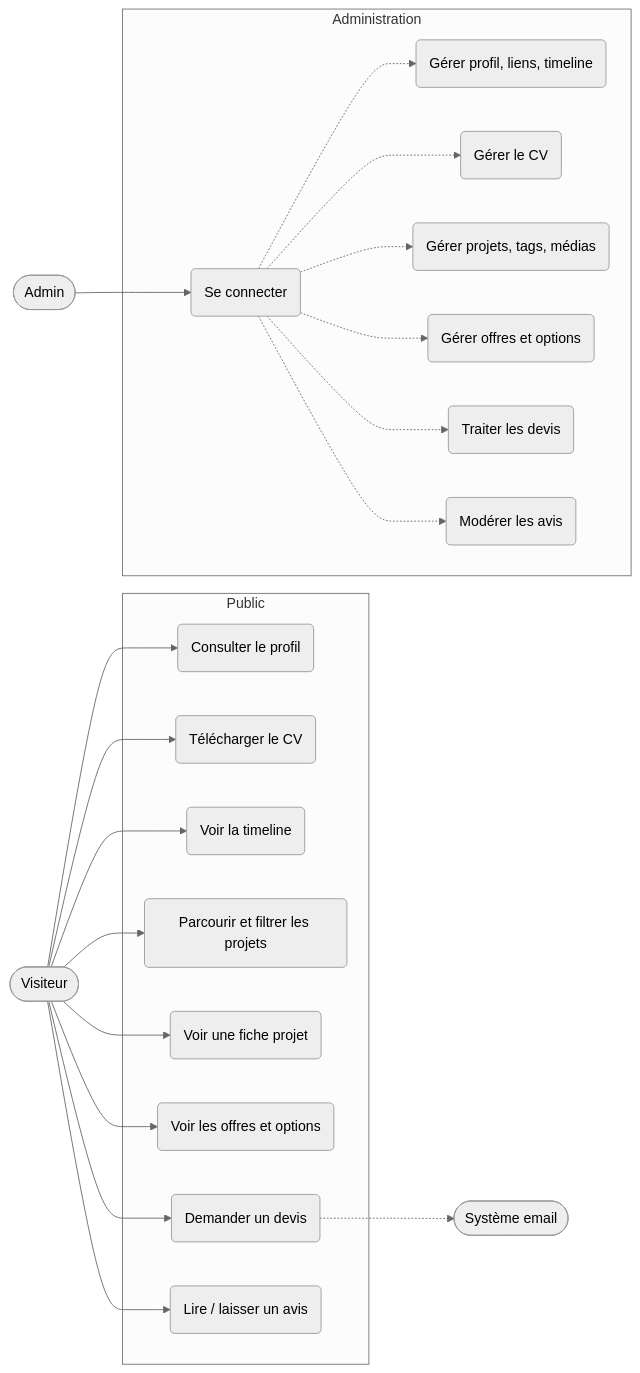
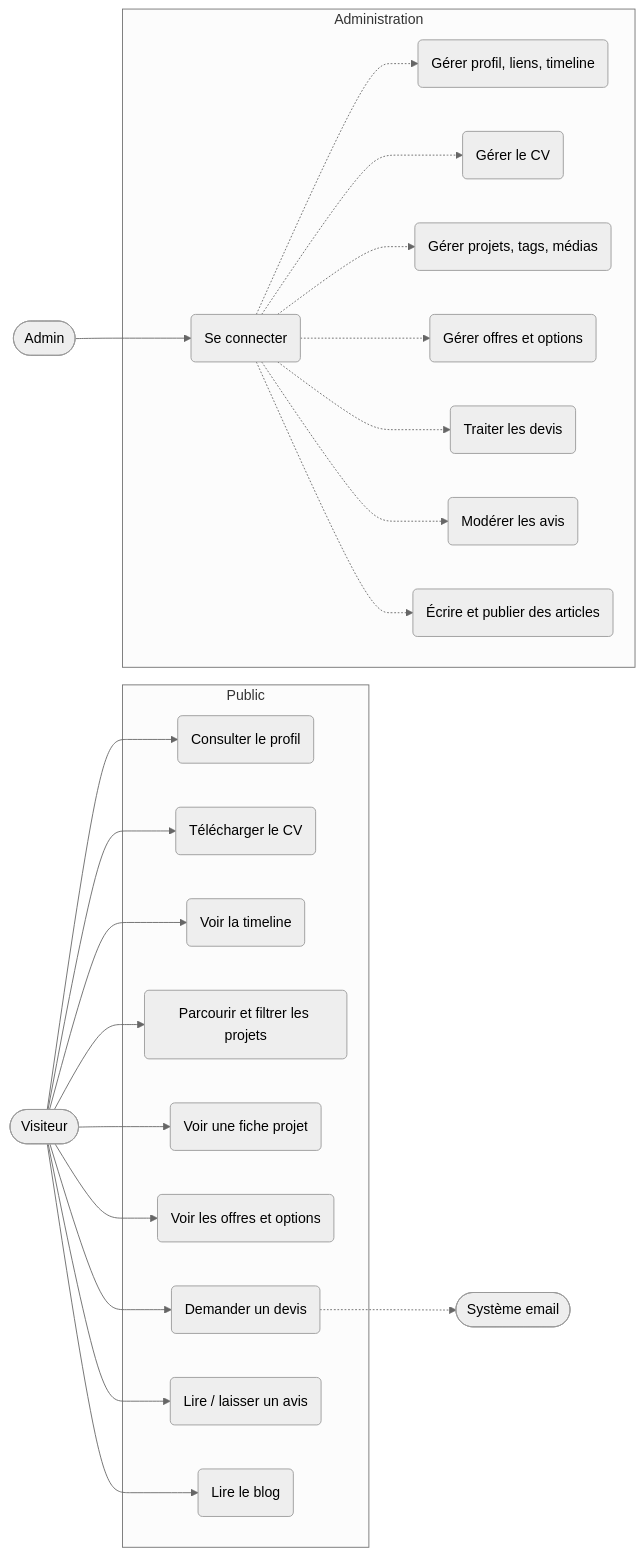
One commit to Nathan-Camredon/portfolio-V2 changed the first of 11 diagrams in docs/02-architecture-et-uml.md. Above: the diagram before and after it, drawn with Mermaid (neutral theme). The commit also changed other lines of this file and 3 other files, not shown here.

````diff
--- a/docs/02-architecture-et-uml.md
+++ b/docs/02-architecture-et-uml.md
@@ -7,32 +7,34 @@
 ```mermaid
 flowchart LR
     V([Visiteur])
     A([Admin])
     S([Système email])
 
     subgraph Public
         UC1(Consulter le profil)
         UC2(Télécharger le CV)
         UC3(Voir la timeline)
         UC4(Parcourir et filtrer les projets)
         UC5(Voir une fiche projet)
         UC6(Voir les offres et options)
         UC7(Demander un devis)
         UC8(Lire / laisser un avis)
+        UC9(Lire le blog)
     end
 
     subgraph Administration
         UC10(Se connecter)
         UC11(Gérer profil, liens, timeline)
         UC12(Gérer le CV)
         UC13(Gérer projets, tags, médias)
         UC14(Gérer offres et options)
         UC15(Traiter les devis)
         UC16(Modérer les avis)
+        UC17(Écrire et publier des articles)
     end
 
-    V --> UC1 & UC2 & UC3 & UC4 & UC5 & UC6 & UC7 & UC8
+    V --> UC1 & UC2 & UC3 & UC4 & UC5 & UC6 & UC7 & UC8 & UC9
     A --> UC10
-    UC10 -.-> UC11 & UC12 & UC13 & UC14 & UC15 & UC16
+    UC10 -.-> UC11 & UC12 & UC13 & UC14 & UC15 & UC16 & UC17
     UC7 -.-> S
 ```
````
